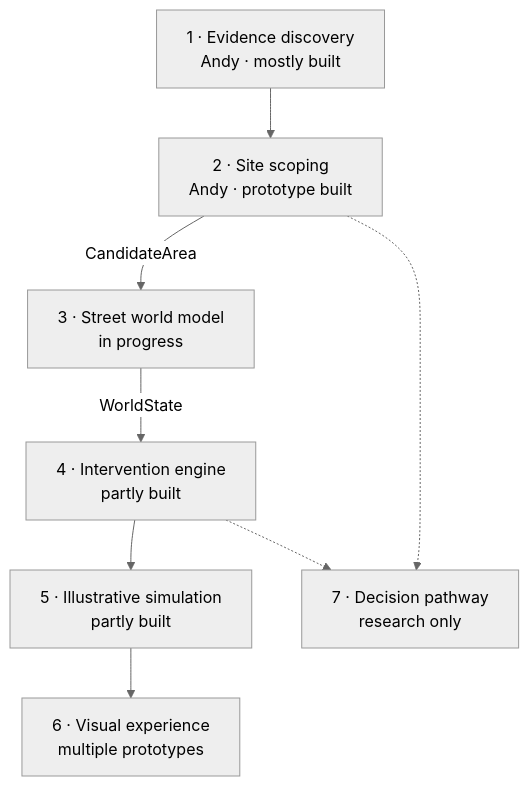
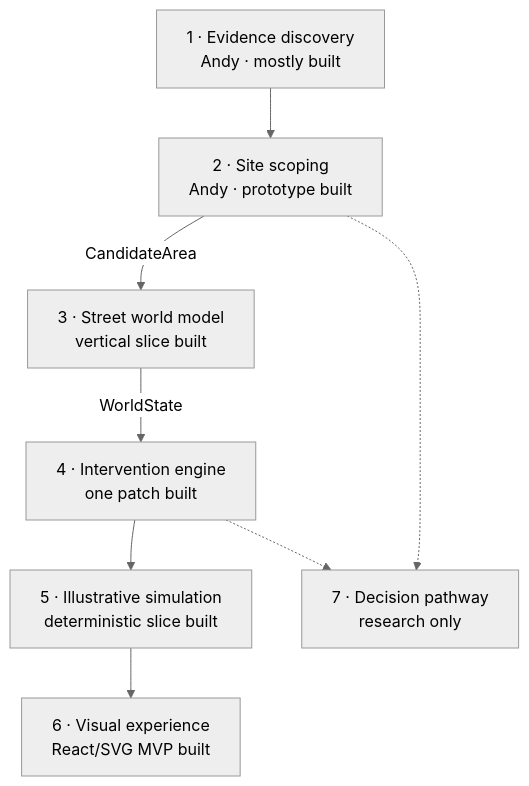
One commit to blackmath88/Hack-am-Rhein-2026-SpongeSquad changed the first of 2 diagrams in wrapper/docs/ARCHITECTURE.md. Above: the diagram before and after it, drawn with Mermaid (neutral theme). The commit also changed other lines of this file and 15 other files, not shown here.

````diff
--- a/wrapper/docs/ARCHITECTURE.md
+++ b/wrapper/docs/ARCHITECTURE.md
@@ -29,18 +31,18 @@
 ```mermaid
 flowchart TD
     A["1 · Evidence discovery<br/>Andy · mostly built"]
     B["2 · Site scoping<br/>Andy · prototype built"]
-    C["3 · Street world model<br/>in progress"]
-    D["4 · Intervention engine<br/>partly built"]
-    E["5 · Illustrative simulation<br/>partly built"]
-    F["6 · Visual experience<br/>multiple prototypes"]
+    C["3 · Street world model<br/>vertical slice built"]
+    D["4 · Intervention engine<br/>one patch built"]
+    E["5 · Illustrative simulation<br/>deterministic slice built"]
+    F["6 · Visual experience<br/>React/SVG MVP built"]
     G["7 · Decision pathway<br/>research only"]
 
     A --> B
     B -->|CandidateArea| C
     C -->|WorldState| D
     D --> E
     E --> F
     B -.-> G
     D -.-> G
 ```
````
